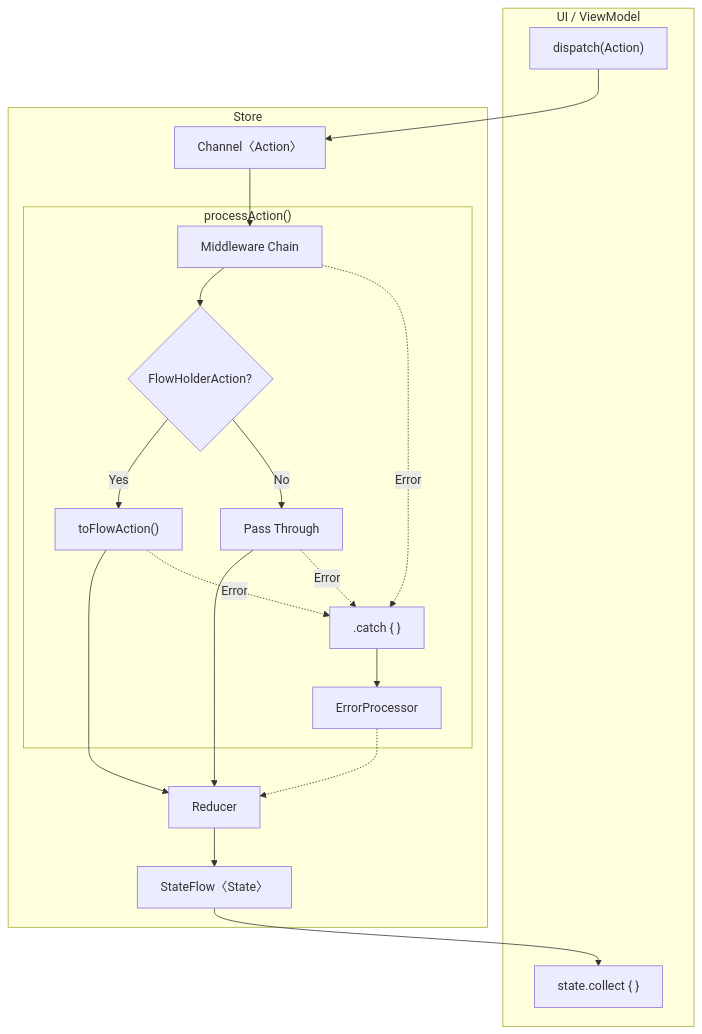
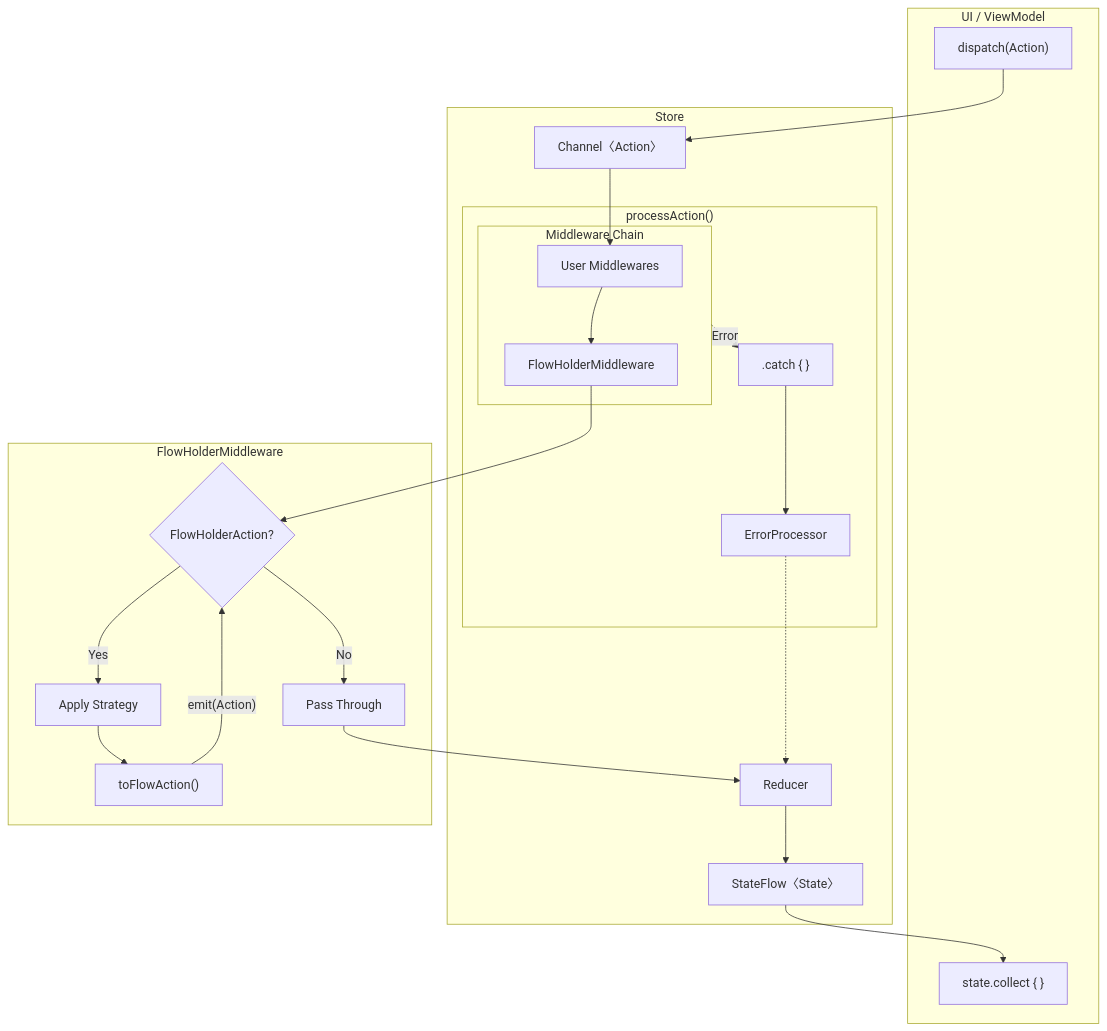
One commit to chibimoons/flowdux changed the diagram in README.md. Above: the diagram before and after it, drawn with Mermaid. The commit also changed other lines of this file and 6 other files, not shown here.

First line of the commit message:
Refactor FlowHolderAction: Replace cancelable with ExecutionStrategy (#50)

````diff
--- a/README.md
+++ b/README.md
@@ -20,38 +20,45 @@
 ```mermaid
 flowchart TB
     subgraph UI["UI / ViewModel"]
         dispatch["dispatch(Action)"]
         observe["state.collect { }"]
     end
 
     subgraph Store["Store"]
         channel["Channel〈Action〉"]
 
         subgraph processAction["processAction()"]
-            middleware["Middleware Chain"]
-            flowHolder{"FlowHolderAction?"}
-            toFlow["toFlowAction()"]
-            pass["Pass Through"]
+            subgraph middlewareChain["Middleware Chain"]
+                userMiddleware["User Middlewares"]
+                flowHolderMW["FlowHolderMiddleware"]
+            end
             catchBlock[".catch { }"]
             errorProc["ErrorProcessor"]
         end
 
         reducer["Reducer"]
         stateFlow["StateFlow〈State〉"]
     end
 
+    subgraph flowHolderMWDetail["FlowHolderMiddleware"]
+        fhCheck{"FlowHolderAction?"}
+        toFlow["toFlowAction()"]
+        strategy["Apply Strategy"]
+        passThrough["Pass Through"]
+    end
+
     dispatch --> channel
-    channel --> middleware
-    middleware --> flowHolder
-    flowHolder -->|Yes| toFlow
-    flowHolder -->|No| pass
-    toFlow --> reducer
-    pass --> reducer
-    middleware -.->|Error| catchBlock
-    toFlow -.->|Error| catchBlock
-    pass -.->|Error| catchBlock
+    channel --> userMiddleware
+    userMiddleware --> flowHolderMW
+    flowHolderMW --> fhCheck
+    fhCheck -->|Yes| strategy
+    strategy --> toFlow
+    toFlow -->|"emit(Action)"| fhCheck
+    fhCheck -->|No| passThrough
+    passThrough --> reducer
+    middlewareChain -.->|Error| catchBlock
     catchBlock --> errorProc
     errorProc -.-> reducer
     reducer --> stateFlow
     stateFlow --> observe
 ```
````
